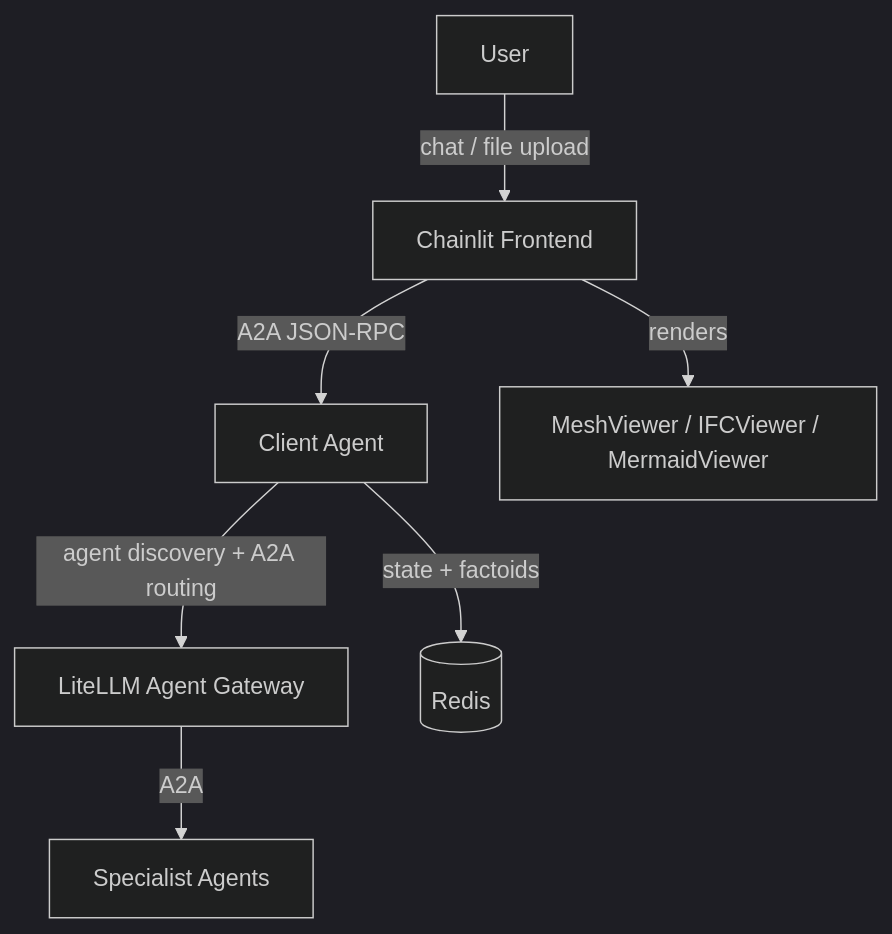
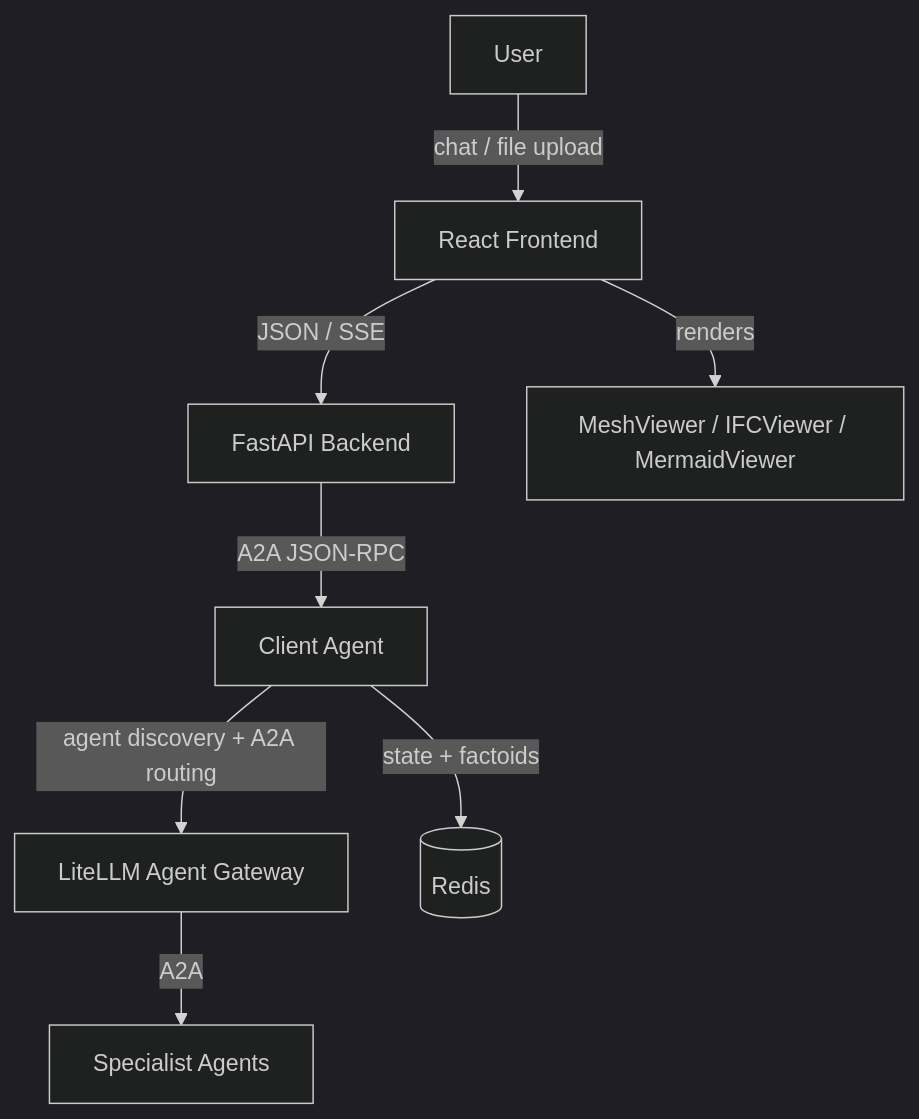
One commit to Jimmy-INL/prometheus_core changed the diagram in docs/docs/prometheus-platform.md. Above: the diagram before and after it, drawn with Mermaid (dark theme). The commit also changed other lines of this file and 253 other files, not shown here.

Commit message:
Big push of the updated frontend getting rid of the old chainlit frontend and rebuilding the backend

````diff
--- a/docs/docs/prometheus-platform.md
+++ b/docs/docs/prometheus-platform.md
@@ -13,9 +13,10 @@
 ```mermaid
 graph TD
-  U[User] -->|chat / file upload| CL[Chainlit Frontend]
-  CL -->|A2A JSON-RPC| CA[Client Agent]
+  U[User] -->|chat / file upload| FE[React Frontend]
+  FE -->|JSON / SSE| BE[FastAPI Backend]
+  BE -->|A2A JSON-RPC| CA[Client Agent]
   CA -->|agent discovery + A2A routing| LLM[LiteLLM Agent Gateway]
   CA -->|state + factoids| RED[(Redis)]
   LLM -->|A2A| SA[Specialist Agents]
-  CL -->|renders| VIZ[MeshViewer / IFCViewer / MermaidViewer]
+  FE -->|renders| VIZ[MeshViewer / IFCViewer / MermaidViewer]
 ```
````
